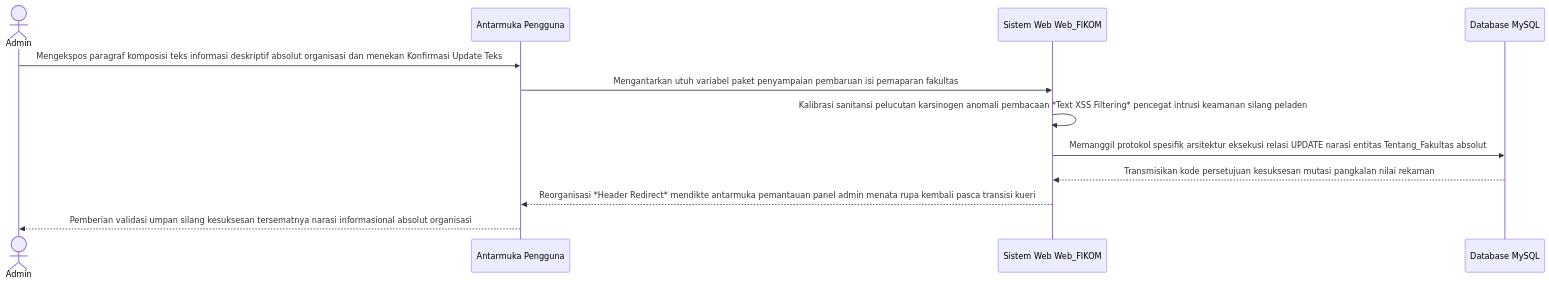
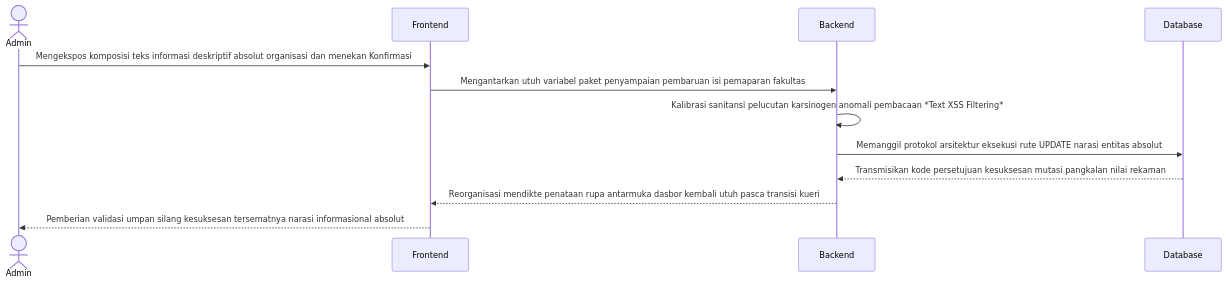
The fourth of 4 diagrams in docs/02_DIAGRAM_URUTAN_SEQUENCE.md (arbain-dev/Web_fikom), drawn with Mermaid before and after one commit. The commit also changed other lines of this file, not shown here.

Commit message:
docs: mengubah nomenklatur entitas diagram sequence menjadi murni 3 pilar (Frontend, Backend, Database)

````diff
--- a/docs/02_DIAGRAM_URUTAN_SEQUENCE.md
+++ b/docs/02_DIAGRAM_URUTAN_SEQUENCE.md
@@ -77,15 +75,15 @@
 ```mermaid
 sequenceDiagram
     actor Admin
-    participant Antarmuka as Antarmuka Pengguna
-    participant Sistem as Sistem Web Web_FIKOM
-    participant Database as Database MySQL
+    participant Frontend as Frontend
+    participant Backend as Backend
+    participant Database as Database
     
-    Admin->>Antarmuka: Mengekspos paragraf komposisi teks informasi deskriptif absolut organisasi dan menekan Konfirmasi Update Teks
-    Antarmuka->>Sistem: Mengantarkan utuh variabel paket penyampaian pembaruan isi pemaparan fakultas
-    Sistem->>Sistem: Kalibrasi sanitansi pelucutan karsinogen anomali pembacaan *Text XSS Filtering* pencegat intrusi keamanan silang peladen
-    Sistem->>Database: Memanggil protokol spesifik arsitektur eksekusi relasi UPDATE narasi entitas Tentang_Fakultas absolut 
-    Database-->>Sistem: Transmisikan kode persetujuan kesuksesan mutasi pangkalan nilai rekaman
-    Sistem-->>Antarmuka: Reorganisasi *Header Redirect* mendikte antarmuka pemantauan panel admin menata rupa kembali pasca transisi kueri
-    Antarmuka-->>Admin: Pemberian validasi umpan silang kesuksesan tersematnya narasi informasional absolut organisasi
+    Admin->>Frontend: Mengekspos komposisi teks informasi deskriptif absolut organisasi dan menekan Konfirmasi
+    Frontend->>Backend: Mengantarkan utuh variabel paket penyampaian pembaruan isi pemaparan fakultas
+    Backend->>Backend: Kalibrasi sanitansi pelucutan karsinogen anomali pembacaan *Text XSS Filtering*
+    Backend->>Database: Memanggil protokol arsitektur eksekusi rute UPDATE narasi entitas absolut 
+    Database-->>Backend: Transmisikan kode persetujuan kesuksesan mutasi pangkalan nilai rekaman
+    Backend-->>Frontend: Reorganisasi mendikte penataan rupa antarmuka dasbor kembali utuh pasca transisi kueri
+    Frontend-->>Admin: Pemberian validasi umpan silang kesuksesan tersematnya narasi informasional absolut
 ```
````
